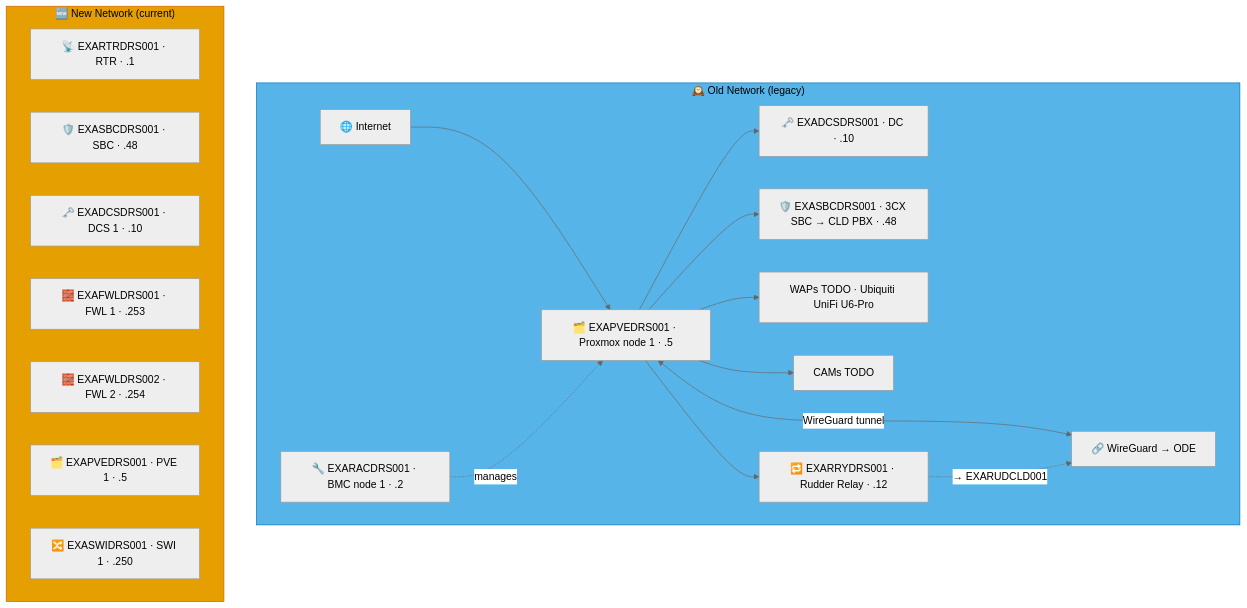
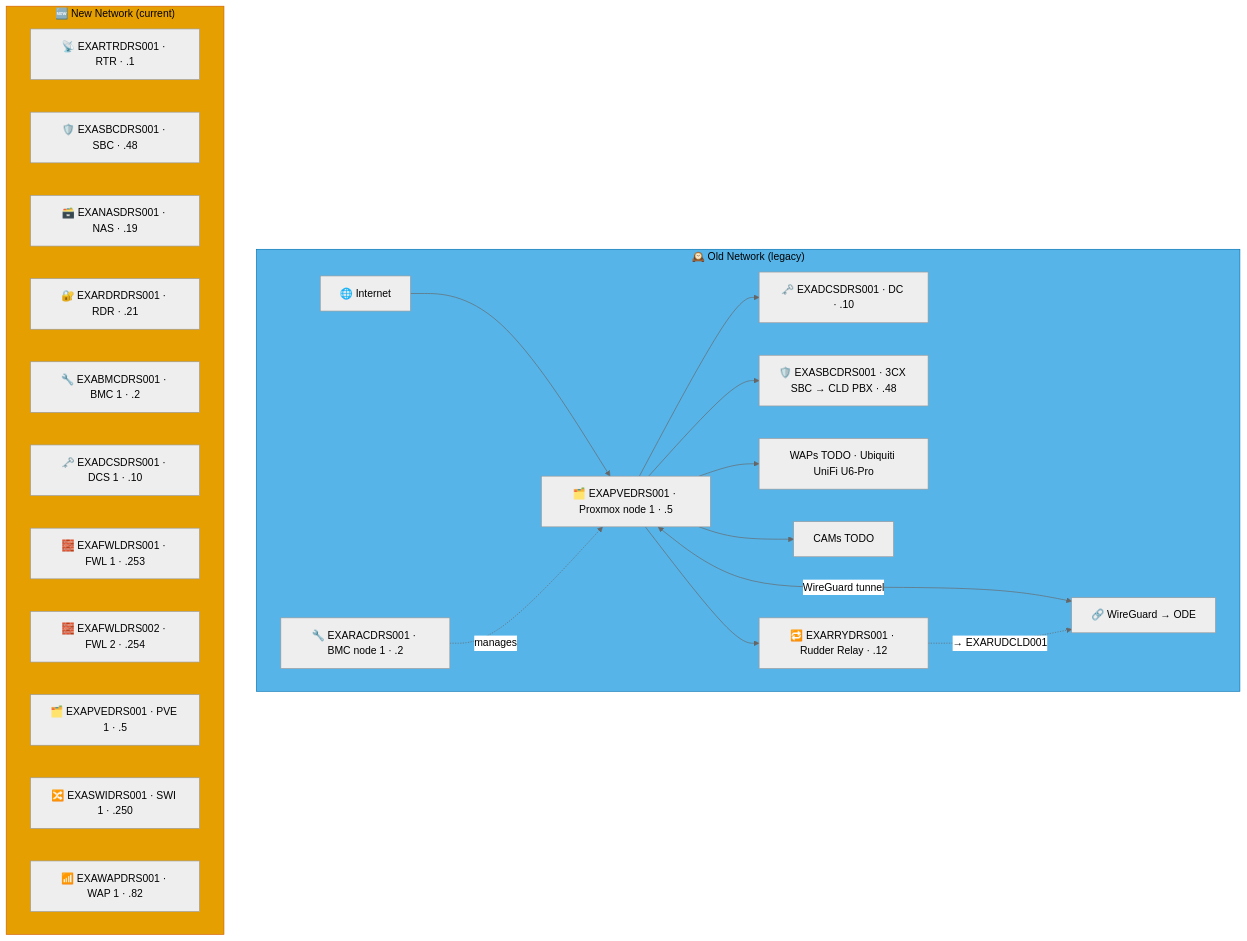
The fourth of 5 diagrams in docs/network-diagram/deutschland.md (knightmare2600/example_music_infra), drawn with Mermaid (neutral theme) before and after one commit. The commit also changed other lines of this file and 15 other files, not shown here.

````diff
--- a/docs/network-diagram/deutschland.md
+++ b/docs/network-diagram/deutschland.md
@@ -178,35 +190,39 @@
 ```mermaid
 graph TD
     subgraph OLD_DRS ["🕰️ Old Network (legacy)"]
       INET["🌐 Internet"]
       RAC["🔧 EXARACDRS001 · BMC node 1 · .2"]
       PVE["🗂️ EXAPVEDRS001 · Proxmox node 1 · .5"]
       DC["🗝️ EXADCSDRS001 · DC · .10"]
       SBC["🛡️ EXASBCDRS001 · 3CX SBC → CLD PBX · .48"]
       RRY["🔁 EXARRYDRS001 · Rudder Relay · .12"]
       WAP["WAPs TODO · Ubiquiti UniFi U6-Pro"]
       CAM["CAMs TODO"]
       VPN["🔗 WireGuard → ODE"]
 
       INET --> PVE --> DC & SBC
       RAC -.->|"manages"| PVE
       PVE --> WAP & CAM
       PVE <-->|"WireGuard tunnel"| VPN
 
       PVE --> RRY
       RRY -. "→ EXARUDCLD001" .-> VPN
     end
     style OLD_DRS fill:#56B4E9,stroke:#0072B2,color:#000000
     %% GENERATED:NEW-NETWORK:DRS:START
     subgraph NEW_DRS ["🆕 New Network (current)"]
       N_RTR["📡 EXARTRDRS001 · RTR · .1"]
       N_SBC["🛡️ EXASBCDRS001 · SBC · .48"]
+      N_NAS["🗃️ EXANASDRS001 · NAS · .19"]
+      N_RDR["🔐 EXARDRDRS001 · RDR · .21"]
+      N_BMC["🔧 EXABMCDRS001 · BMC 1 · .2"]
       N_DCS["🗝️ EXADCSDRS001 · DCS 1 · .10"]
       N_FWL["🧱 EXAFWLDRS001 · FWL 1 · .253"]
       N_FWL2["🧱 EXAFWLDRS002 · FWL 2 · .254"]
       N_PVE["🗂️ EXAPVEDRS001 · PVE 1 · .5"]
       N_SWI["🔀 EXASWIDRS001 · SWI 1 · .250"]
+      N_WAP["📶 EXAWAPDRS001 · WAP 1 · .82"]
     end
     style NEW_DRS fill:#E69F00,stroke:#D55E00,color:#000000
     %% GENERATED:NEW-NETWORK:DRS:END
 ```
````
